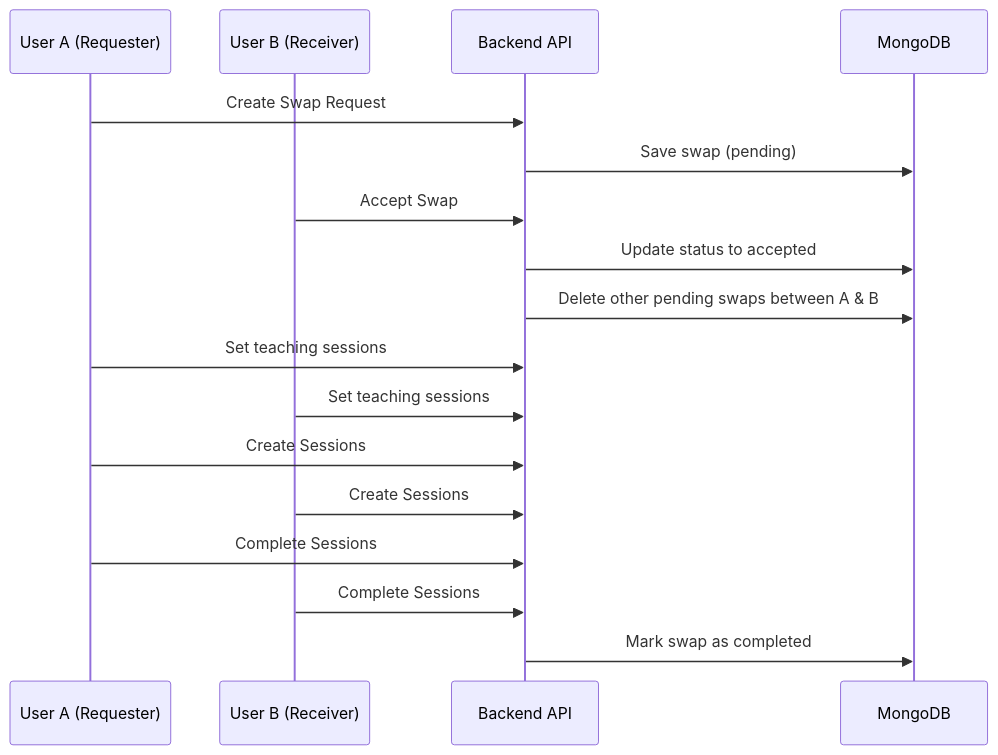
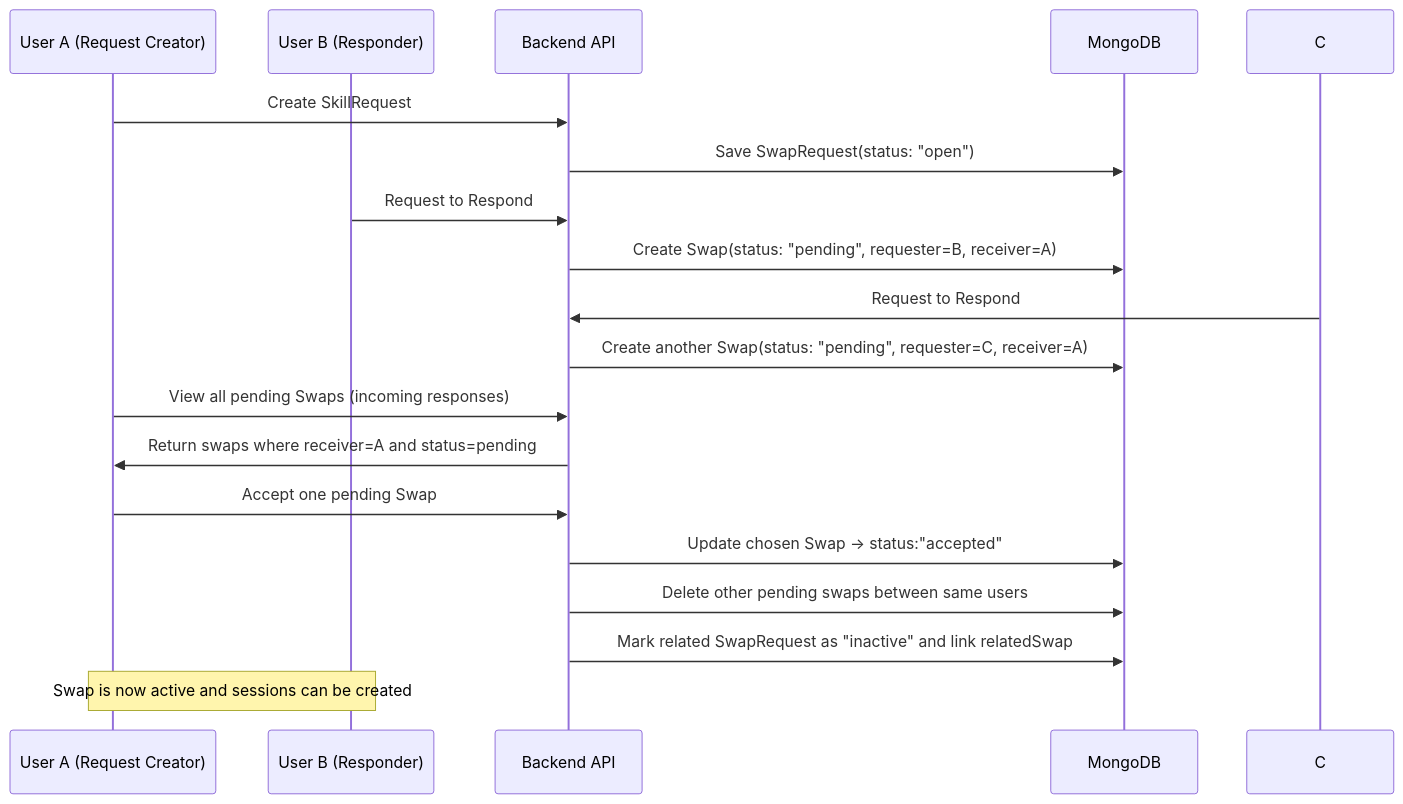
One commit to Saicharan-nukala/SkillSwap changed the third of 5 diagrams in README.md. Above: the diagram before and after it, drawn with Mermaid. The commit also changed other lines of this file, not shown here.

Commit message:
Refactor README.md for clarity and updates

````diff
--- a/README.md
+++ b/README.md
@@ -513,20 +514,29 @@
 ```mermaid
 sequenceDiagram
-    participant A as User A (Requester)
-    participant B as User B (Receiver)
+    participant A as User A (Request Creator)
+    participant B as User B (Responder)
     participant API as Backend API
     participant DB as MongoDB
 
-    A->>API: Create Swap Request
-    API->>DB: Save swap (pending)
-    B->>API: Accept Swap
-    API->>DB: Update status to accepted
-    API->>DB: Delete other pending swaps between A & B
-    A->>API: Set teaching sessions
-    B->>API: Set teaching sessions
-    A->>API: Create Sessions
-    B->>API: Create Sessions
-    A->>API: Complete Sessions
-    B->>API: Complete Sessions
-    API->>DB: Mark swap as completed
+    A->>API: Create SkillRequest
+    API->>DB: Save SwapRequest(status: "open")
+
+    B->>API: Request to Respond
+    API->>DB: Create Swap(status: "pending", requester=B, receiver=A)
+
+    C->>API: Request to Respond
+    API->>DB: Create another Swap(status: "pending", requester=C, receiver=A)
+
+    A->>API: View all pending Swaps (incoming responses)
+    API->>A: Return swaps where receiver=A and status=pending
+
+    A->>API: Accept one pending Swap
+    API->>DB: Update chosen Swap → status:"accepted"
+
+    API->>DB: Delete other pending swaps between same users
+
+    API->>DB: Mark related SwapRequest as "inactive" and link relatedSwap
+
+    Note over A,B: Swap is now active and sessions can be created
+
 ```
````
